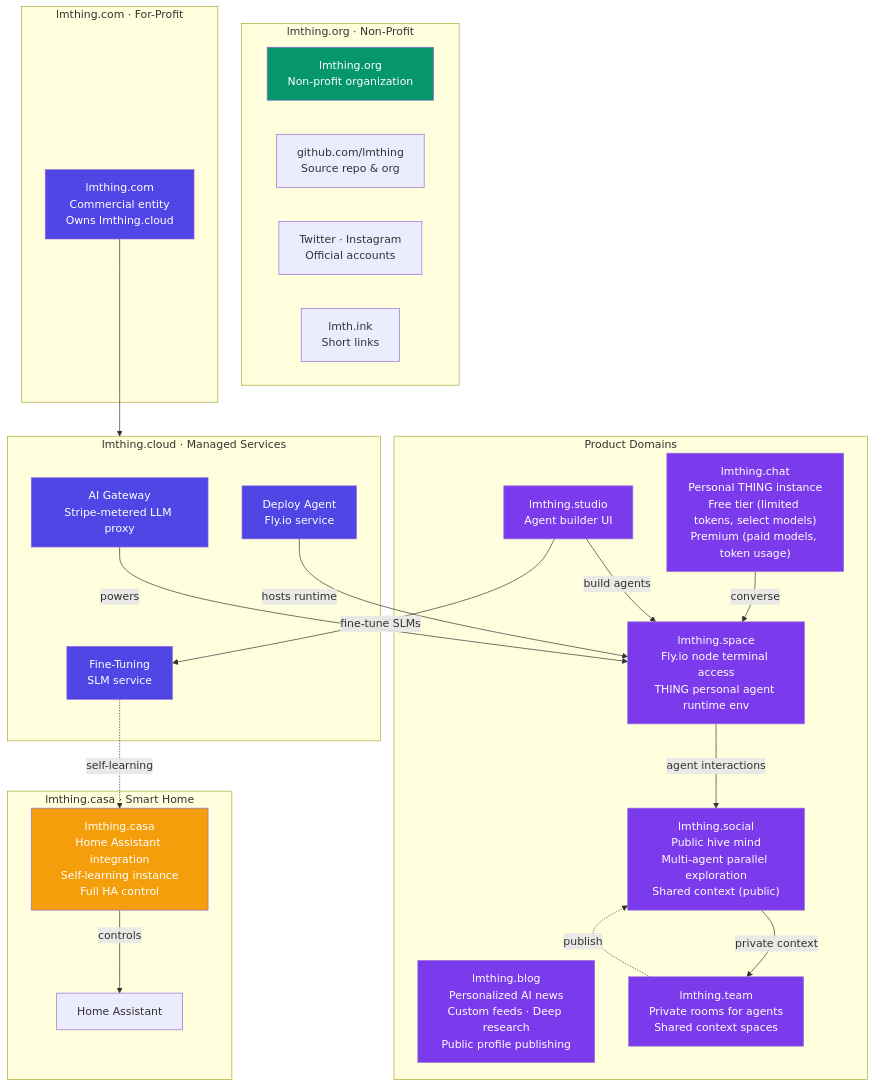
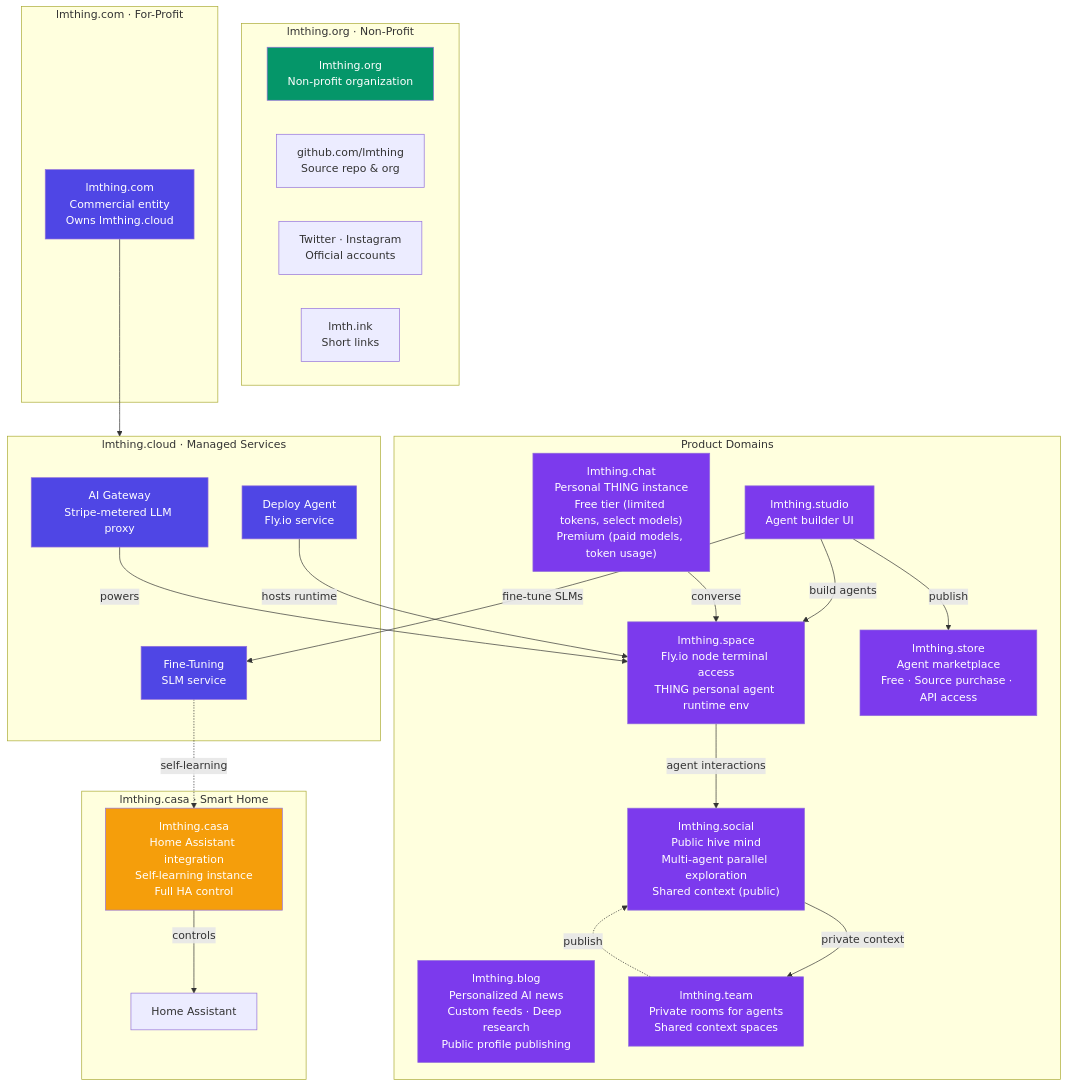
One commit to lmthing/lmthing changed the second of 18 diagrams in Architecture.md. Above: the diagram before and after it, drawn with Mermaid. The commit also changed other lines of this file, not shown here.

Commit message:
feat: add agent marketplace section to architecture documentation

````diff
--- a/Architecture.md
+++ b/Architecture.md
@@ -44,58 +44,61 @@
 ```mermaid
 graph TD
     subgraph NonProfit["lmthing.org · Non-Profit"]
         Org["lmthing.org<br/>Non-profit organization"]
         GH["github.com/lmthing<br/>Source repo & org"]
         SocialAccounts["Twitter · Instagram<br/>Official accounts"]
         Short["lmth.ink<br/>Short links"]
     end
 
     subgraph HomeAuto["lmthing.casa · Smart Home"]
         Casa["lmthing.casa<br/>Home Assistant integration<br/>Self-learning instance<br/>Full HA control"]
         HA["Home Assistant"]
         Casa -- "controls" --> HA
     end
 
     subgraph ForProfit["lmthing.com · For-Profit"]
         Com["lmthing.com<br/>Commercial entity<br/>Owns lmthing.cloud"]
     end
 
     subgraph Products["Product Domains"]
         Studio["lmthing.studio<br/>Agent builder UI"]
         Blog["lmthing.blog<br/>Personalized AI news<br/>Custom feeds · Deep research<br/>Public profile publishing"]
         Chat["lmthing.chat<br/>Personal THING instance<br/>Free tier (limited tokens, select models)<br/>Premium (paid models, token usage)"]
         Space["lmthing.space<br/>Fly.io node terminal access<br/>THING personal agent runtime env"]
         Social["lmthing.social<br/>Public hive mind<br/>Multi-agent parallel exploration<br/>Shared context (public)"]
         Team["lmthing.team<br/>Private rooms for agents<br/>Shared context spaces"]
+        Store["lmthing.store<br/>Agent marketplace<br/>Free · Source purchase · API access"]
     end
 
     subgraph CloudServices["lmthing.cloud · Managed Services"]
         Gateway["AI Gateway<br/>Stripe-metered LLM proxy"]
         Deploy["Deploy Agent<br/>Fly.io service"]
         FineTune["Fine-Tuning<br/>SLM service"]
     end
 
     Com --> CloudServices
     Studio -- "build agents" --> Space
+    Studio -- "publish" --> Store
     Studio -- "fine-tune SLMs" --> FineTune
     Chat -- "converse" --> Space
     Space -- "agent interactions" --> Social
     Social -- "private context" --> Team
     Team -. "publish" .-> Social
     Deploy -- "hosts runtime" --> Space
     Gateway -- "powers" --> Space
     FineTune -. "self-learning" .-> Casa
 
     style Casa fill:#f59e0b,color:#fff
     style Com fill:#4f46e5,color:#fff
     style Org fill:#059669,color:#fff
     style Blog fill:#7c3aed,color:#fff
     style Studio fill:#7c3aed,color:#fff
     style Chat fill:#7c3aed,color:#fff
     style Space fill:#7c3aed,color:#fff
     style Social fill:#7c3aed,color:#fff
     style Team fill:#7c3aed,color:#fff
+    style Store fill:#7c3aed,color:#fff
     style Gateway fill:#4f46e5,color:#fff
     style Deploy fill:#4f46e5,color:#fff
     style FineTune fill:#4f46e5,color:#fff
 ```
````
